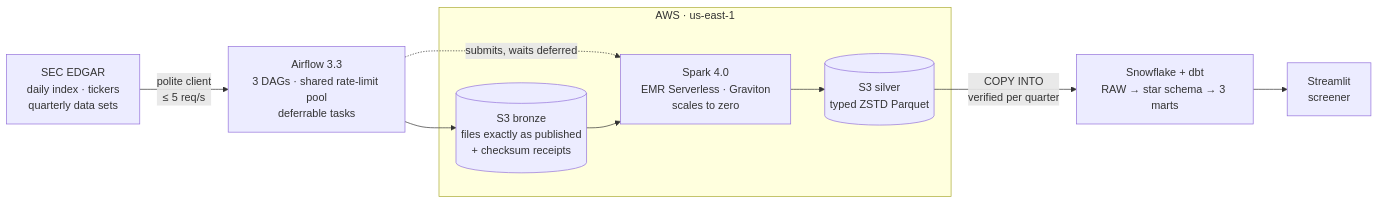
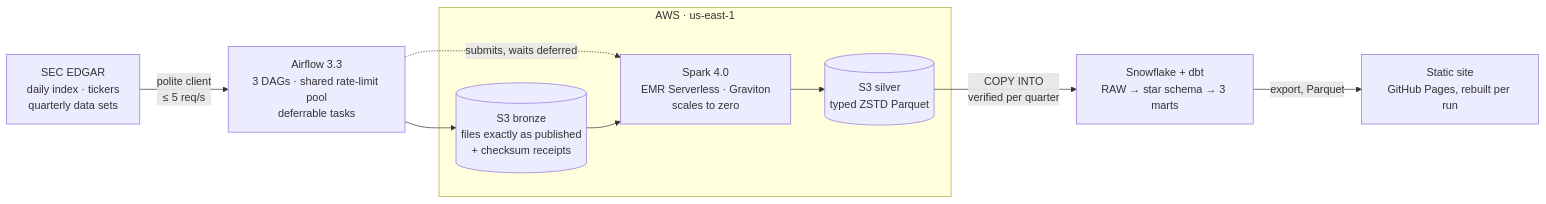
One commit to DiegoFranGarcia/Earnings-Watch changed the diagram in README.md. Above: the diagram before and after it, drawn with Mermaid. The commit also changed other lines of this file and 8 other files, not shown here.

````diff
--- a/README.md
+++ b/README.md
@@ -38,15 +38,15 @@
 ```mermaid
 flowchart LR
     SEC["SEC EDGAR<br/>daily index · tickers<br/>quarterly data sets"]
     AF["Airflow 3.3<br/>3 DAGs · shared rate-limit pool<br/>deferrable tasks"]
     subgraph AWS["AWS · us-east-1"]
         BR[("S3 bronze<br/>files exactly as published<br/>+ checksum receipts")]
         EMR["Spark 4.0<br/>EMR Serverless · Graviton<br/>scales to zero"]
         SI[("S3 silver<br/>typed ZSTD Parquet")]
     end
     DBT["Snowflake + dbt<br/>RAW → star schema → 3 marts"]
-    ST["Streamlit<br/>screener"]
+    SITE["Static site<br/>GitHub Pages, rebuilt per run"]
     SEC -->|"polite client<br/>≤ 5 req/s"| AF --> BR
     AF -. "submits, waits deferred" .-> EMR
-    BR --> EMR --> SI -->|"COPY INTO<br/>verified per quarter"| DBT --> ST
+    BR --> EMR --> SI -->|"COPY INTO<br/>verified per quarter"| DBT -->|"export, Parquet"| SITE
 ```
````
